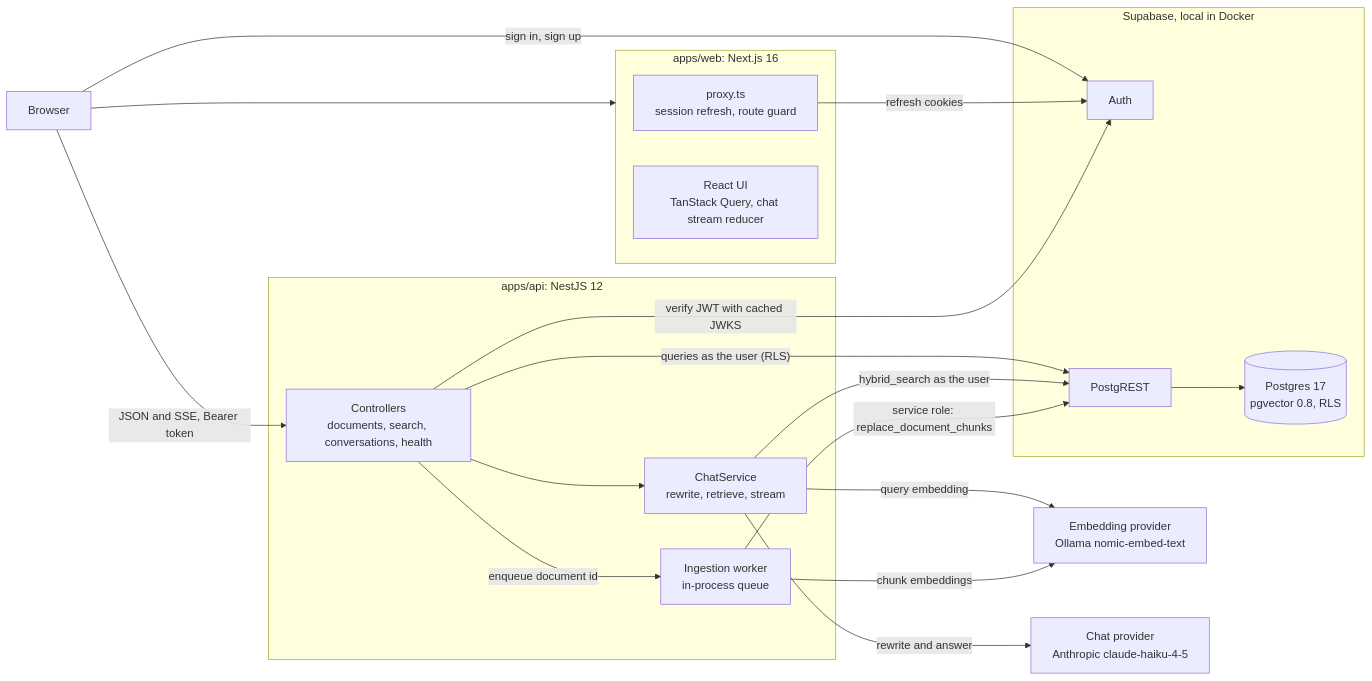
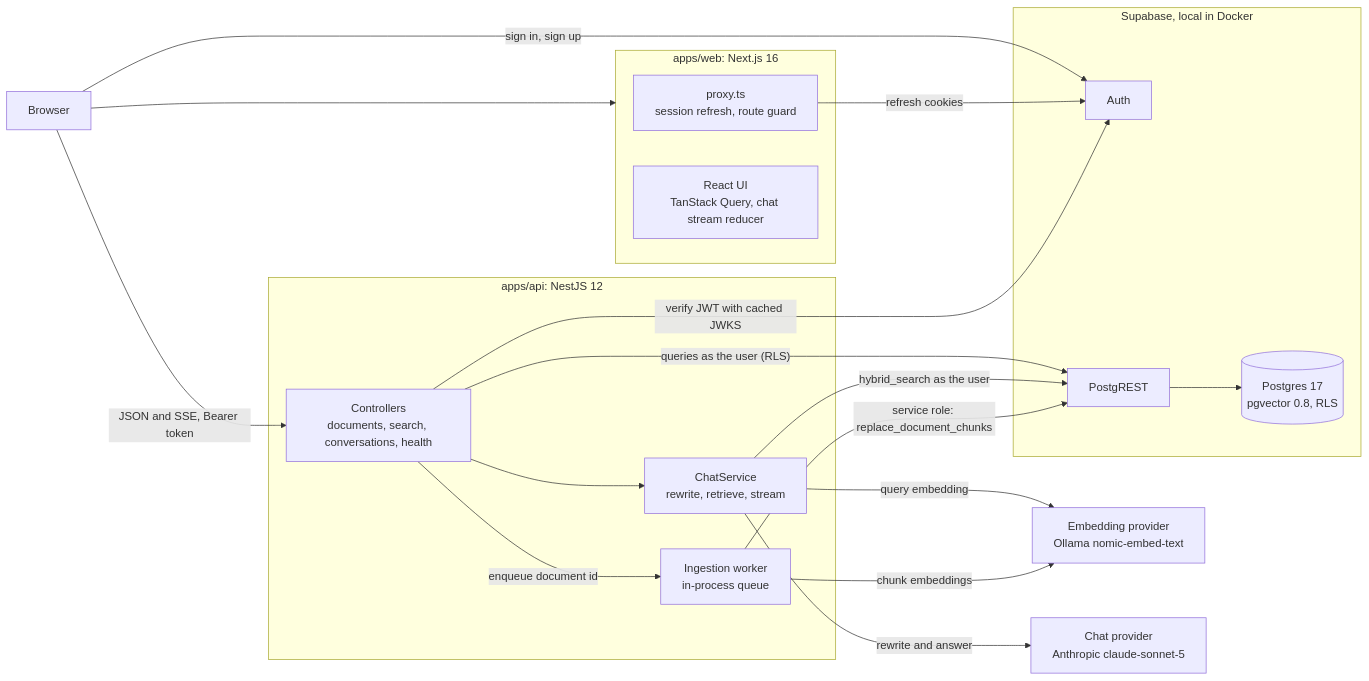
Before and after one commit to ali-el-mawla/ai-knowledge-base: the diagram in README.md, drawn with Mermaid. The commit also changed other lines of this file and 8 other files, not shown here.

First line of the commit message:
feat(ai): default to claude-sonnet-5; send temperature only when configured

````diff
--- a/README.md
+++ b/README.md
@@ -127,39 +128,39 @@
 ```mermaid
 flowchart LR
   browser["Browser"]
 
   subgraph web["apps/web: Next.js 16"]
     proxy["proxy.ts<br/>session refresh, route guard"]
     ui["React UI<br/>TanStack Query, chat stream reducer"]
   end
 
   subgraph api["apps/api: NestJS 12"]
     ctrl["Controllers<br/>documents, search, conversations, health"]
     chat["ChatService<br/>rewrite, retrieve, stream"]
     worker["Ingestion worker<br/>in-process queue"]
   end
 
   subgraph supa["Supabase, local in Docker"]
     auth["Auth"]
     rest["PostgREST"]
     db[("Postgres 17<br/>pgvector 0.8, RLS")]
   end
 
   emb["Embedding provider<br/>Ollama nomic-embed-text"]
-  llm["Chat provider<br/>Anthropic claude-haiku-4-5"]
+  llm["Chat provider<br/>Anthropic claude-sonnet-5"]
 
   browser --> web
   browser -- "sign in, sign up" --> auth
   browser -- "JSON and SSE, Bearer token" --> ctrl
   proxy -- "refresh cookies" --> auth
   ctrl -- "verify JWT with cached JWKS" --> auth
   ctrl --> chat
   ctrl -- "enqueue document id" --> worker
   ctrl -- "queries as the user (RLS)" --> rest
   chat -- "hybrid_search as the user" --> rest
   worker -- "service role: replace_document_chunks" --> rest
   rest --> db
   chat -- "query embedding" --> emb
   chat -- "rewrite and answer" --> llm
   worker -- "chunk embeddings" --> emb
 ```
````
